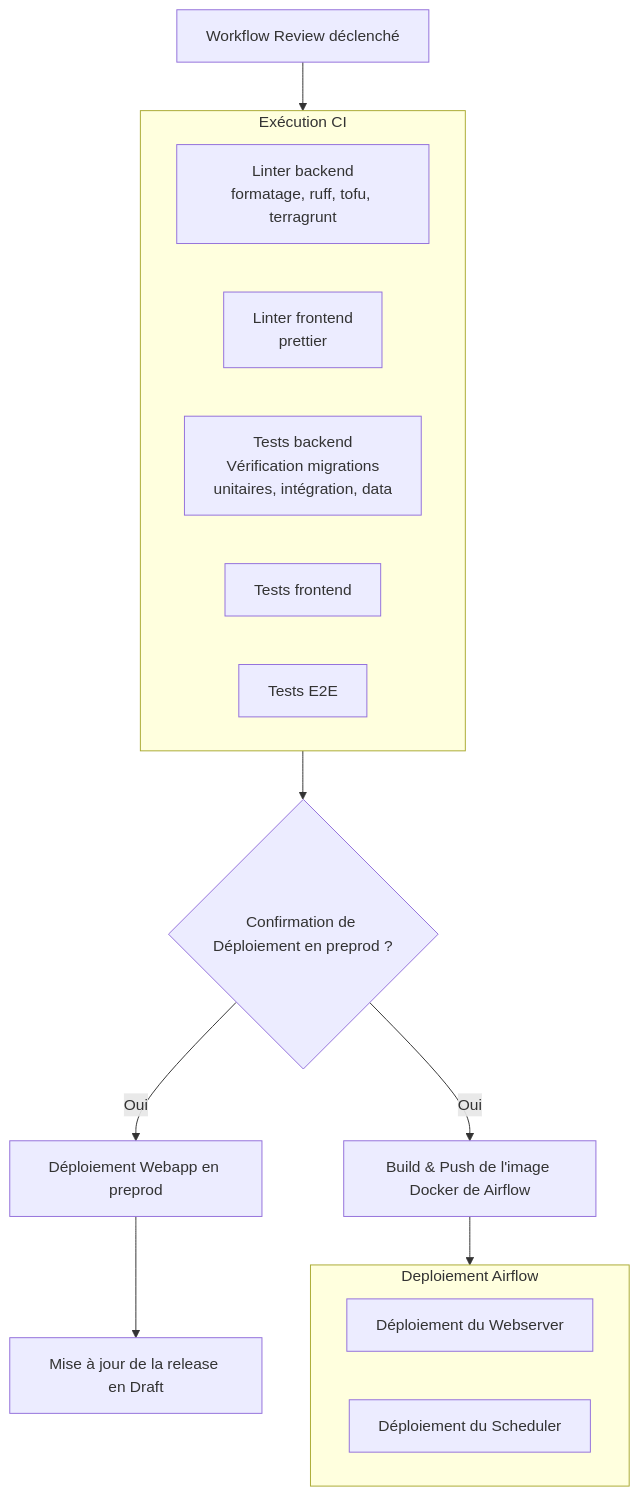
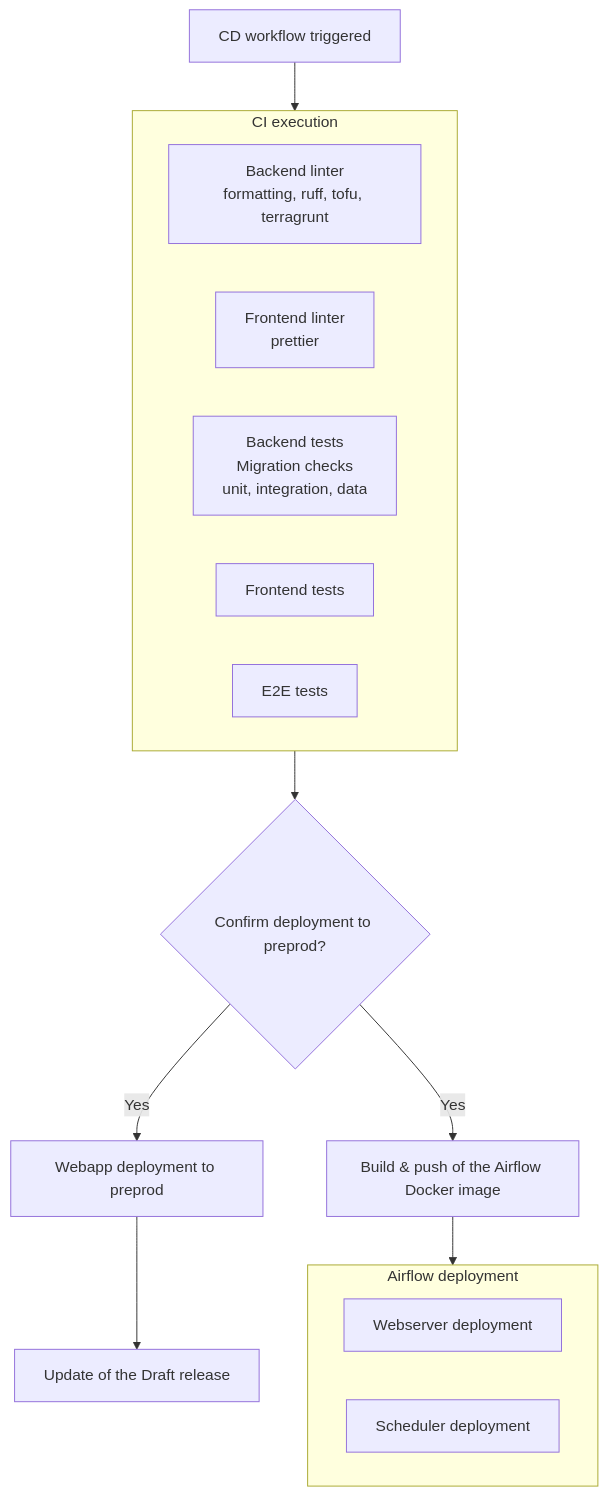
Before and after one commit to incubateur-ademe/quefairedemesobjets: the second of 3 diagrams in docs/reference/infrastructure/ci-cd.md, drawn with Mermaid. The commit also changed other lines of this file and 1393 other files, not shown here.

````diff
--- a/docs/reference/infrastructure/ci-cd.md
+++ b/docs/reference/infrastructure/ci-cd.md
@@ -46,23 +46,23 @@
 ```mermaid
 graph TD
-    B[Workflow Review déclenché] --> C
+    B[CD workflow triggered] --> C
 
-    subgraph C["Exécution CI"]
-        C1[Linter backend<br/>formatage, ruff, tofu, terragrunt]
-        C2[Linter frontend<br/>prettier]
-        C3["Tests backend<br/>Vérification migrations<br/>unitaires, intégration, data"]
-        C4[Tests frontend]
-        C5[Tests E2E]
+    subgraph C["CI execution"]
+        C1[Backend linter<br/>formatting, ruff, tofu, terragrunt]
+        C2[Frontend linter<br/>prettier]
+        C3["Backend tests<br/>Migration checks<br/>unit, integration, data"]
+        C4[Frontend tests]
+        C5[E2E tests]
     end
 
-    subgraph E[Deploiement Airflow]
-        E1[Déploiement du Webserver]
-        E2[Déploiement du Scheduler]
+    subgraph E[Airflow deployment]
+        E1[Webserver deployment]
+        E2[Scheduler deployment]
     end
 
-    C --> D{Confirmation de Déploiement en preprod ?}
-    D -->|Oui| F[Déploiement Webapp en preprod]
-    D -->|Oui| G[Build & Push de l'image Docker de Airflow]
-    G --> E[Deploiement de Airflow sur Scaleway]
-    F --> H[Mise à jour de la release en Draft]
+    C --> D{Confirm deployment to preprod?}
+    D -->|Yes| F[Webapp deployment to preprod]
+    D -->|Yes| G[Build & push of the Airflow Docker image]
+    G --> E[Deployment of Airflow on Scaleway]
+    F --> H[Update of the Draft release]
 ```
````
